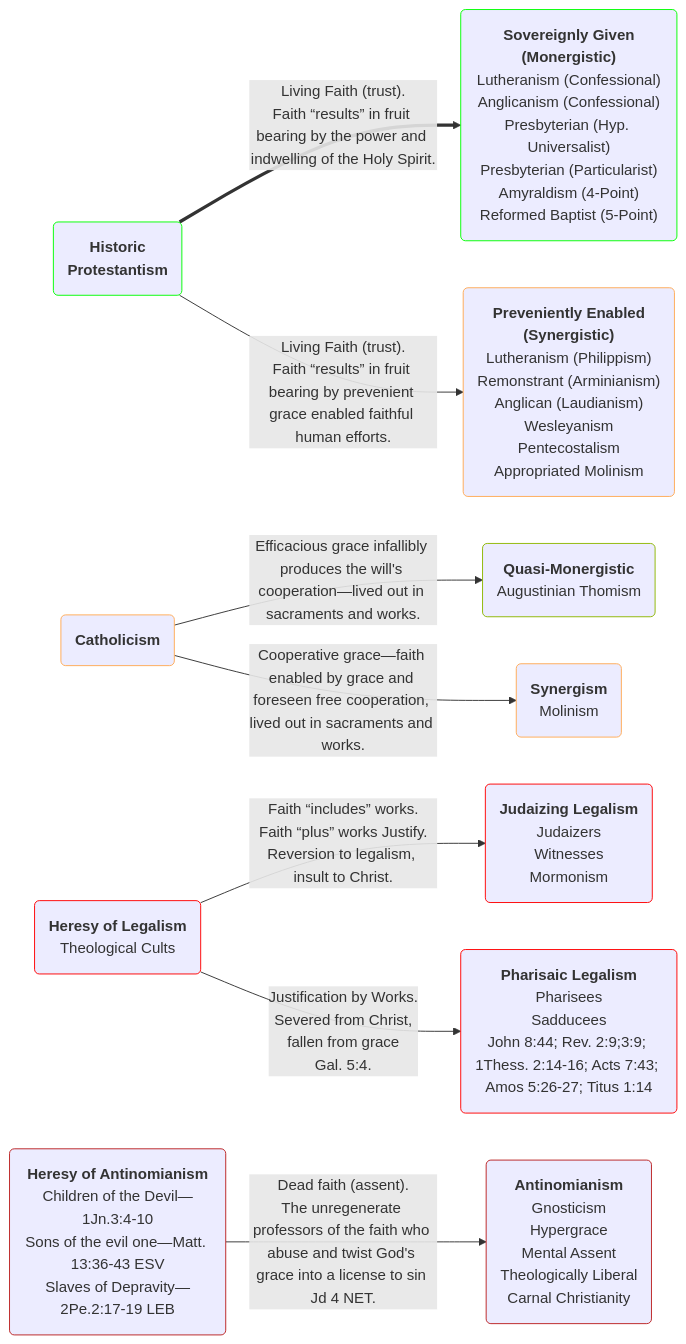
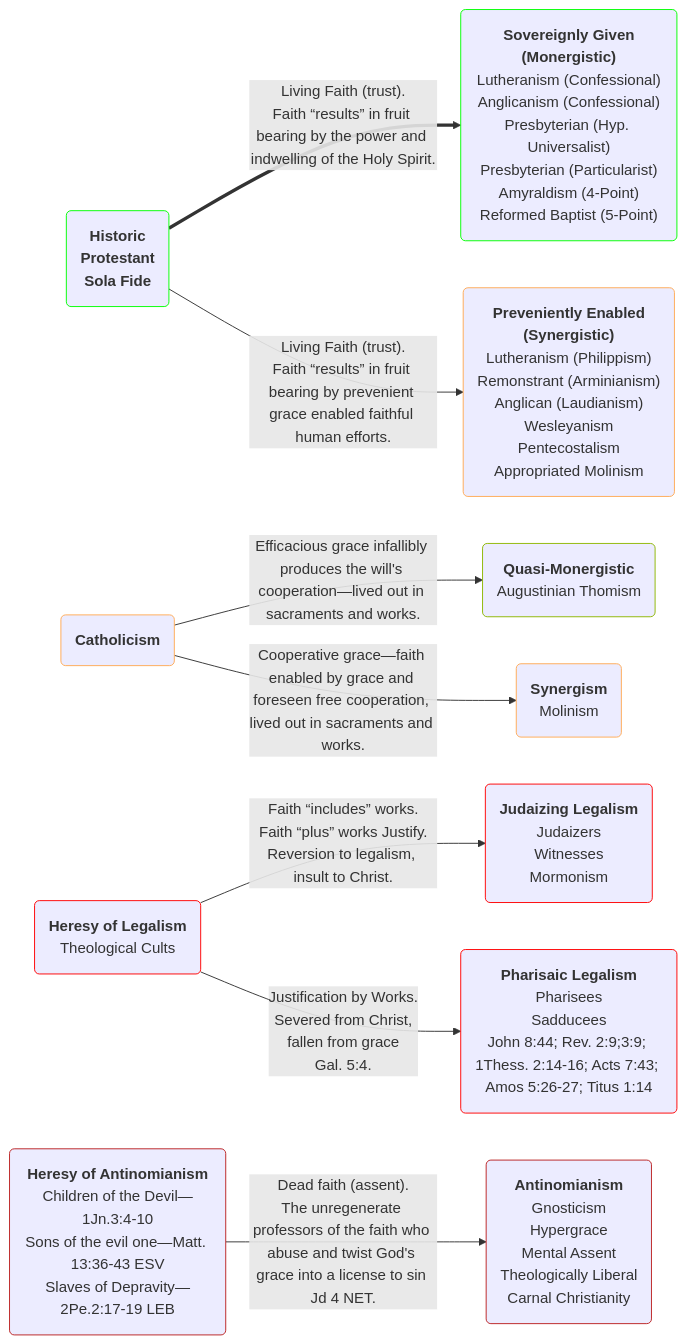
Before and after one commit to OrdoLuminis/ordoluminis.github.io: the first of 4 diagrams in _posts/2025-08-03-historic-protestant-position.markdown, drawn with Mermaid. The commit also changed other lines of this file, not shown here.

Commit message:
clarifying sola fide

````diff
--- a/_posts/2025-08-03-historic-protestant-position.markdown
+++ b/_posts/2025-08-03-historic-protestant-position.markdown
@@ -55,21 +55,21 @@
 ```mermaid
 flowchart LR
-    A(<strong>Historic<br>Protestantism</strong>):::green
+    A(<strong>Historic<br>Protestant<br>Sola Fide</strong>):::green
     B(<strong>Catholicism</strong>):::orange
     C(<strong>Heresy of Legalism</strong><br>Theological Cults):::red
     D(<strong>Heresy of Antinomianism</strong><br>Children of the Devil&mdash;1Jn.3:4-10<br>Sons of the evil one&mdash;Matt. 13:36-43 ESV<br>Slaves of Depravity&mdash;2Pe.2:17-19 LEB):::firebrick
     A ==>|Living Faith &lpar;trust&rpar;.<br>Faith &ldquo;results&rdquo; in fruit bearing by the power and indwelling of the Holy Spirit.| G(<strong>Sovereignly Given<br>&lpar;Monergistic&rpar;</strong><br>Lutheranism &lpar;Confessional&rpar;<br>Anglicanism &lpar;Confessional&rpar;<br>Presbyterian &lpar;Hyp. Universalist&rpar;<br>Presbyterian &lpar;Particularist&rpar;<br>Amyraldism &lpar;4-Point&rpar;<br>Reformed Baptist &lpar;5-Point&rpar;):::green
     A -->|Living Faith &lpar;trust&rpar;.<br>Faith &ldquo;results&rdquo; in fruit bearing by prevenient grace enabled faithful human efforts.| H(<strong>Preveniently Enabled<br>&lpar;Synergistic&rpar;</strong><br>Lutheranism &lpar;Philippism&rpar;<br>Remonstrant &lpar;Arminianism&rpar;<br>Anglican &lpar;Laudianism&rpar;<br>Wesleyanism<br>Pentecostalism<br>Appropriated Molinism):::orange
     B -->|Efficacious grace infallibly produces the will's cooperation&mdash;lived out in sacraments and works.| N(<strong>Quasi-Monergistic</strong><br>Augustinian Thomism):::yellowgreen
     B -->|Cooperative grace&mdash;faith enabled by grace and foreseen free cooperation, lived out in sacraments and works.| I(<strong>Synergism</strong><br>Molinism):::orange
     C -->|Faith &ldquo;includes&rdquo; works.<br>Faith &ldquo;plus&rdquo; works Justify.<br>Reversion to legalism, insult to Christ.| J(<strong>Judaizing Legalism</strong><br>Judaizers<br>Witnesses<br>Mormonism):::red
     C -->|Justification by Works.<br>Severed from Christ,<br>fallen from grace<br>Gal. 5:4.| K(<strong>Pharisaic Legalism</strong><br>Pharisees<br>Sadducees<br>John 8:44; Rev. 2:9;3:9; 1Thess. 2:14-16; Acts 7:43; Amos 5:26-27; Titus 1:14):::red
     D -->|Dead faith &lpar;assent&rpar;.<br>The unregenerate professors of the faith who abuse and twist God's grace into a license to sin Jd 4 NET.| L(<strong>Antinomianism</strong><br>Gnosticism<br>Hypergrace<br>Mental Assent<br>Theologically Liberal<br>Carnal Christianity):::firebrick
     classDef red stroke:#f00
     classDef green stroke:#0f0
     classDef yellowgreen stroke:#8db600
     classDef orange stroke:#fa5
     classDef firebrick stroke:#b22
     classDef darkred stroke:#8B0000
     classDef darkerred stroke:#701705
 ```
````
